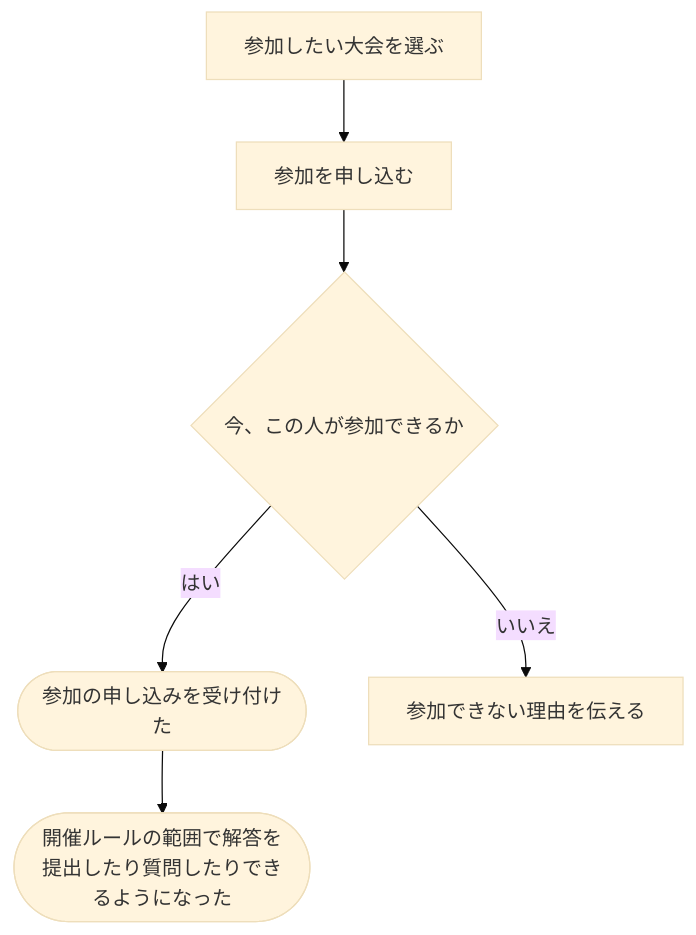
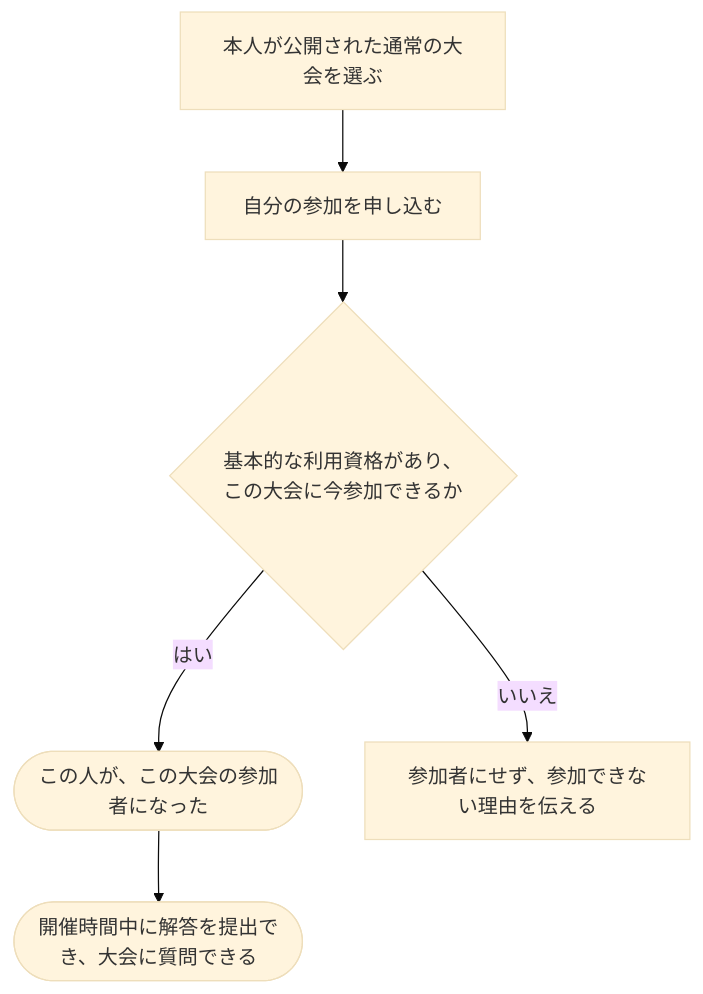
The diagram in docs/requirements/scenarios/permissions/join-contest.md (traP-jp/traOJudge), drawn with Mermaid (base theme) before and after one commit. The commit also changed other lines of this file and 58 other files, not shown here.

````diff
--- a/docs/requirements/scenarios/permissions/join-contest.md
+++ b/docs/requirements/scenarios/permissions/join-contest.md
@@ -15,8 +26,8 @@
 ```mermaid
 flowchart TD
-    A["参加したい大会を選ぶ"] --> B["参加を申し込む"]
-    B --> C{"今、この人が参加できるか"}
-    C -->|はい| D(["参加の申し込みを受け付けた"])
-    D --> E(["開催ルールの範囲で解答を提出したり質問したりできるようになった"])
-    C -->|いいえ| F["参加できない理由を伝える"]
+    A["本人が公開された通常の大会を選ぶ"] --> B["自分の参加を申し込む"]
+    B --> C{"基本的な利用資格があり、この大会に今参加できるか"}
+    C -->|はい| D(["この人が、この大会の参加者になった"])
+    D --> E(["開催時間中に解答を提出でき、大会に質問できる"])
+    C -->|いいえ| F["参加者にせず、参加できない理由を伝える"]
 ```
````
